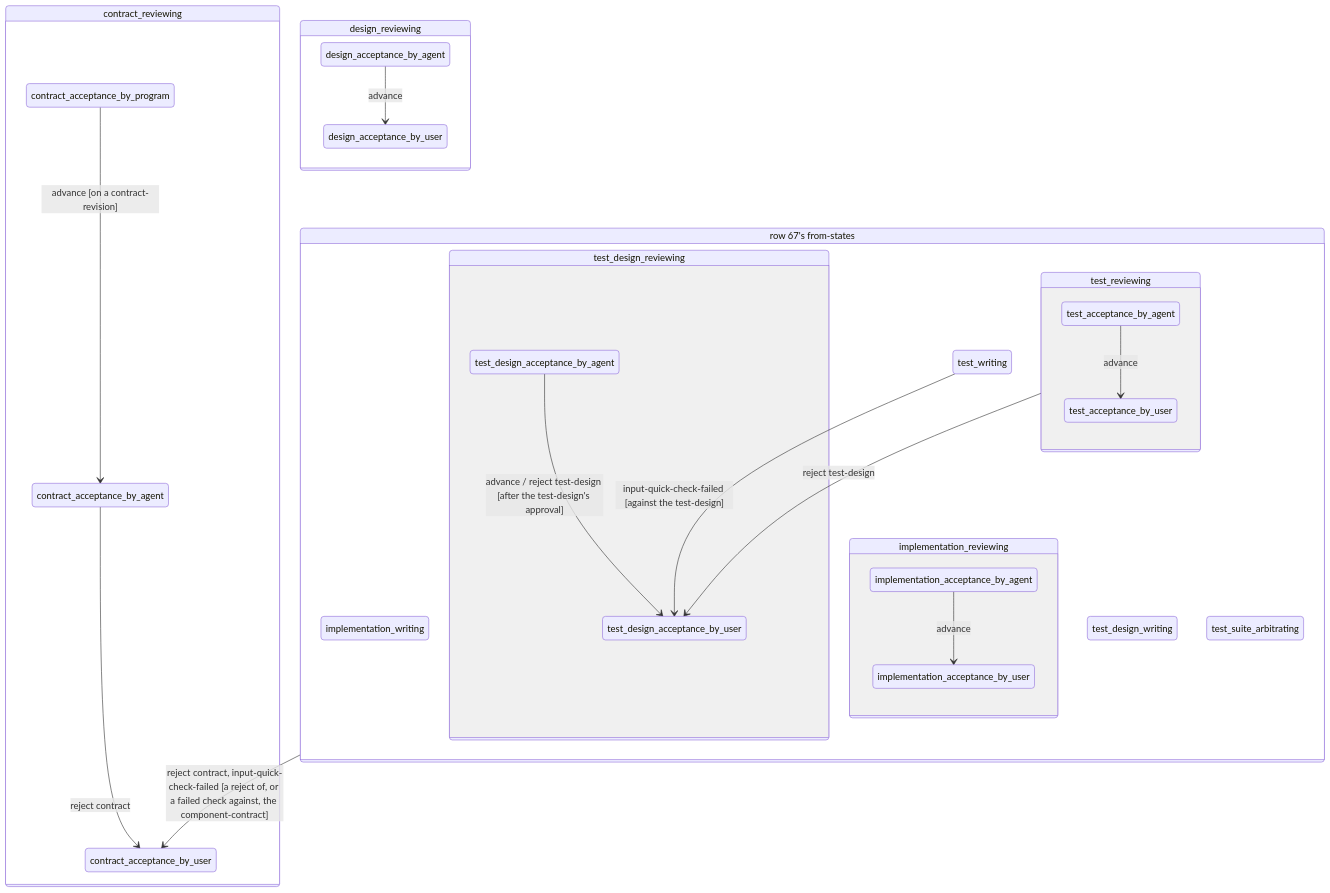
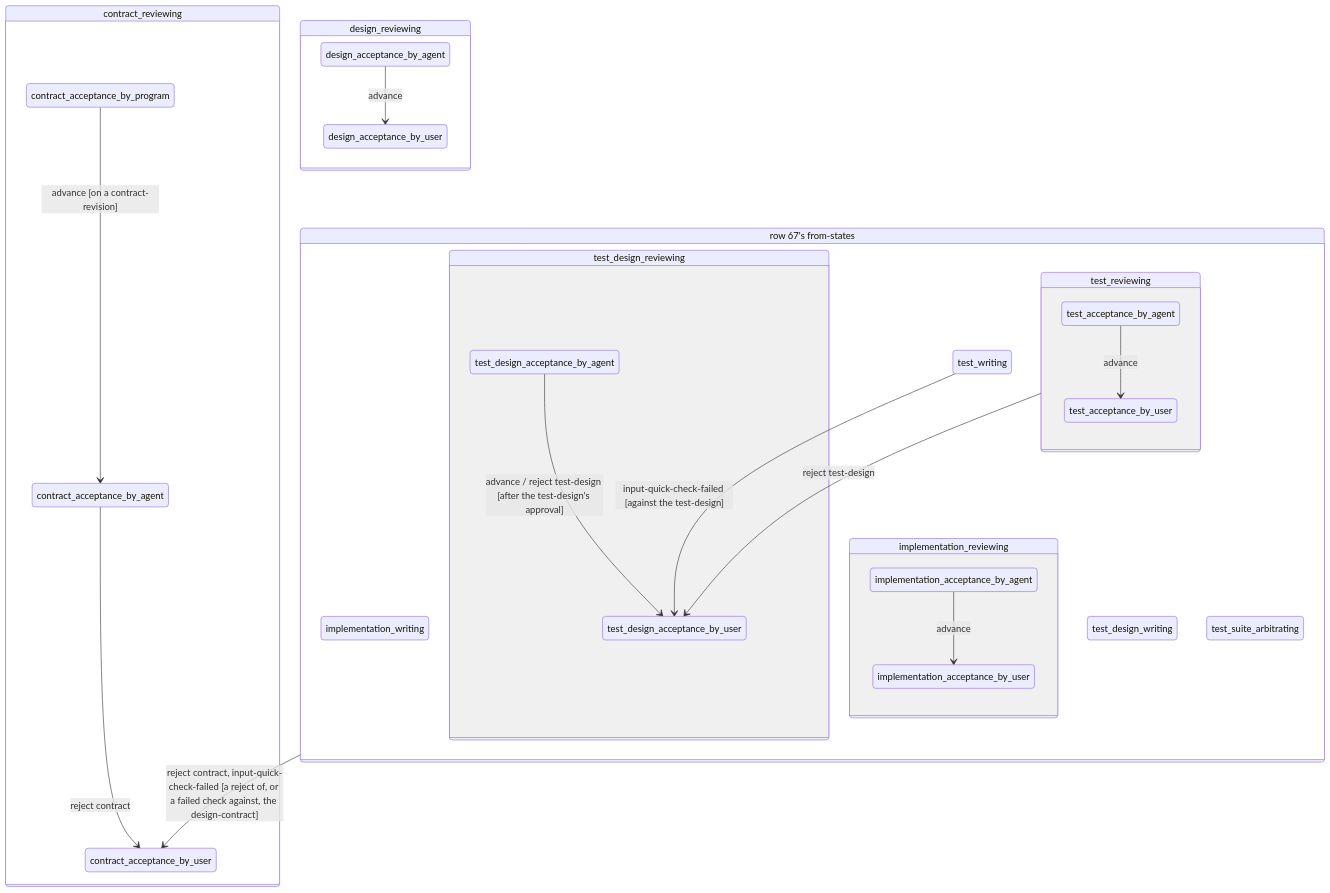
Before and after one commit to nedschorus/nedschorus: the fourth of 4 diagrams in docs/design-to-main/design-to-main-state-machine-design.md, drawn with Mermaid. The commit also changed other lines of this file and 34 other files, not shown here.

````diff
--- a/docs/design-to-main/design-to-main-state-machine-design.md
+++ b/docs/design-to-main/design-to-main-state-machine-design.md
@@ -309,28 +309,28 @@
 ```mermaid
 stateDiagram-v2
     state contract_reviewing {
         contract_acceptance_by_program --> contract_acceptance_by_agent: advance [on a contract-revision]
         contract_acceptance_by_agent --> contract_acceptance_by_user: reject contract
     }
     state design_reviewing {
         design_acceptance_by_agent --> design_acceptance_by_user: advance
     }
     state "row 67's from-states" as row_67_from_states {
         implementation_writing
         state implementation_reviewing {
             implementation_acceptance_by_agent --> implementation_acceptance_by_user: advance
         }
         test_design_writing
         state test_design_reviewing {
             test_design_acceptance_by_agent --> test_design_acceptance_by_user: advance / reject test-design [after the test-design's approval]
         }
         test_writing
         state test_reviewing {
             test_acceptance_by_agent --> test_acceptance_by_user: advance
         }
         test_suite_arbitrating
     }
     test_writing --> test_design_acceptance_by_user: input-quick-check-failed [against the test-design]
     test_reviewing --> test_design_acceptance_by_user: reject test-design
-    row_67_from_states --> contract_acceptance_by_user: reject contract, input-quick-check-failed [a reject of, or a failed check against, the component-contract]
+    row_67_from_states --> contract_acceptance_by_user: reject contract, input-quick-check-failed [a reject of, or a failed check against, the design-contract]
 ```
````
